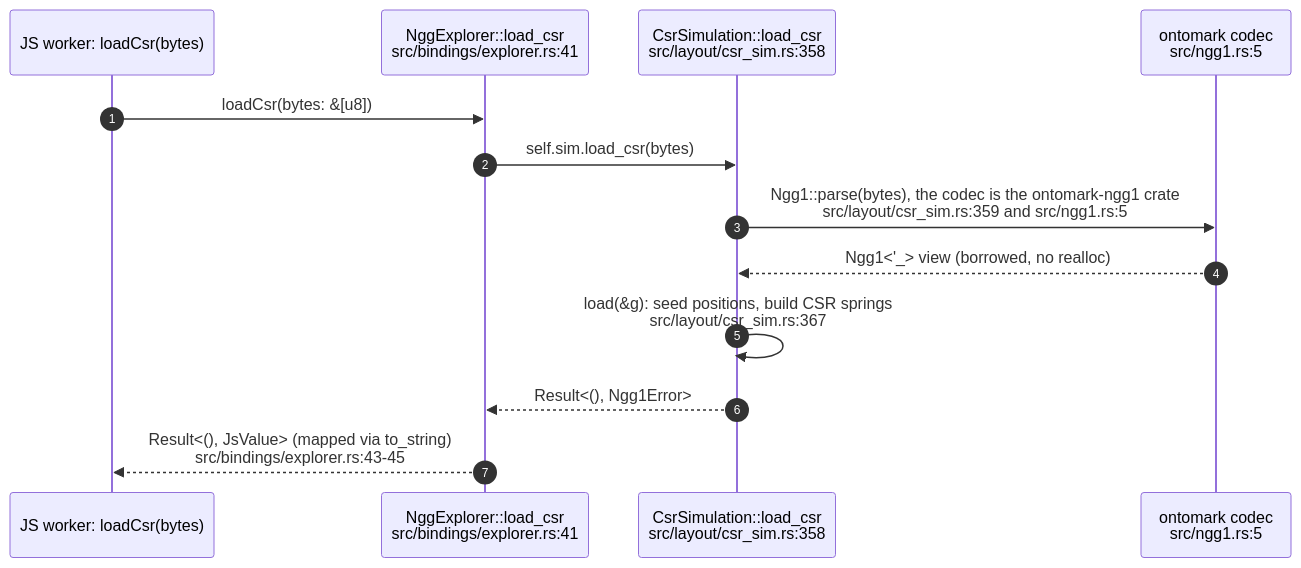
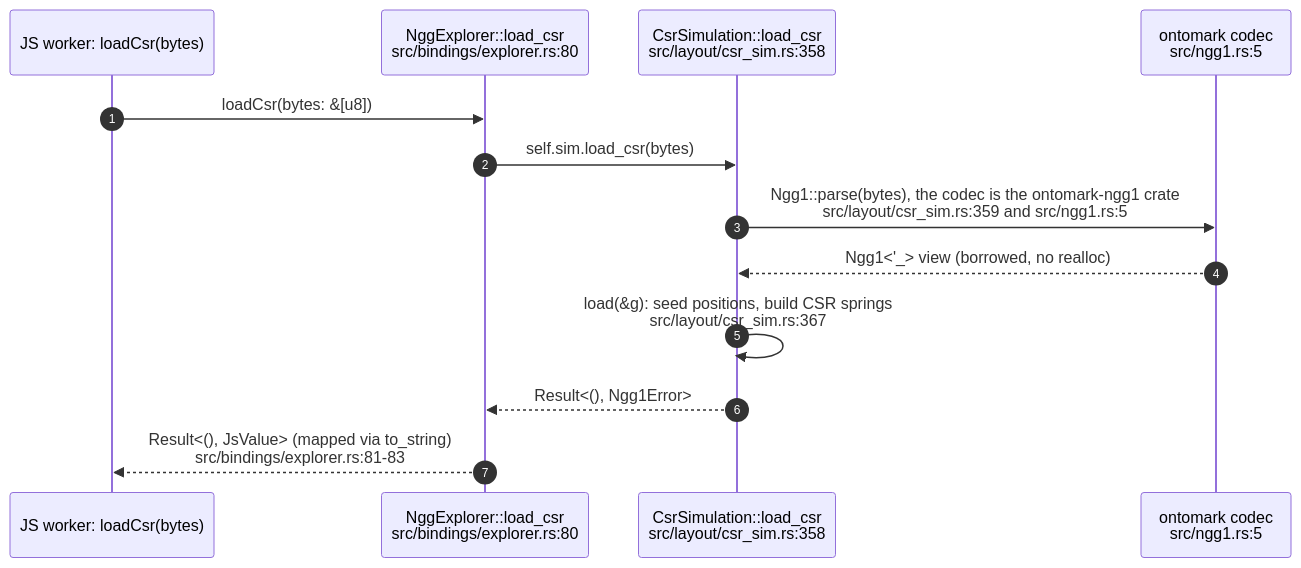
One commit to DreamLab-AI/VisionFlow changed the sixth of 9 diagrams in docs/diagrams/vowl-wasm/03-force-layout-lifecycle.md. Above: the diagram before and after it, drawn with Mermaid. The commit also changed other lines of this file and 48 other files, not shown here.

Commit message:
docs: reconcile estate repairs and first diagram refresh batch

````diff
--- a/docs/diagrams/vowl-wasm/03-force-layout-lifecycle.md
+++ b/docs/diagrams/vowl-wasm/03-force-layout-lifecycle.md
@@ -124,15 +124,15 @@
 ```mermaid
 sequenceDiagram
     autonumber
     participant JS as JS worker: loadCsr(bytes)
-    participant NX as NggExplorer::load_csr<br/>src/bindings/explorer.rs:41
+    participant NX as NggExplorer::load_csr<br/>src/bindings/explorer.rs:80
     participant CS as CsrSimulation::load_csr<br/>src/layout/csr_sim.rs:358
     participant N1 as ontomark codec<br/>src/ngg1.rs:5
     JS->>NX: loadCsr(bytes: &[u8])
     NX->>CS: self.sim.load_csr(bytes)
     CS->>N1: Ngg1::parse(bytes), the codec is the ontomark-ngg1 crate<br/>src/layout/csr_sim.rs:359 and src/ngg1.rs:5
     N1-->>CS: Ngg1<'_> view (borrowed, no realloc)
     CS->>CS: load(&g): seed positions, build CSR springs<br/>src/layout/csr_sim.rs:367
     CS-->>NX: Result<(), Ngg1Error>
-    NX-->>JS: Result<(), JsValue> (mapped via to_string)<br/>src/bindings/explorer.rs:43-45
+    NX-->>JS: Result<(), JsValue> (mapped via to_string)<br/>src/bindings/explorer.rs:81-83
 ```
````
